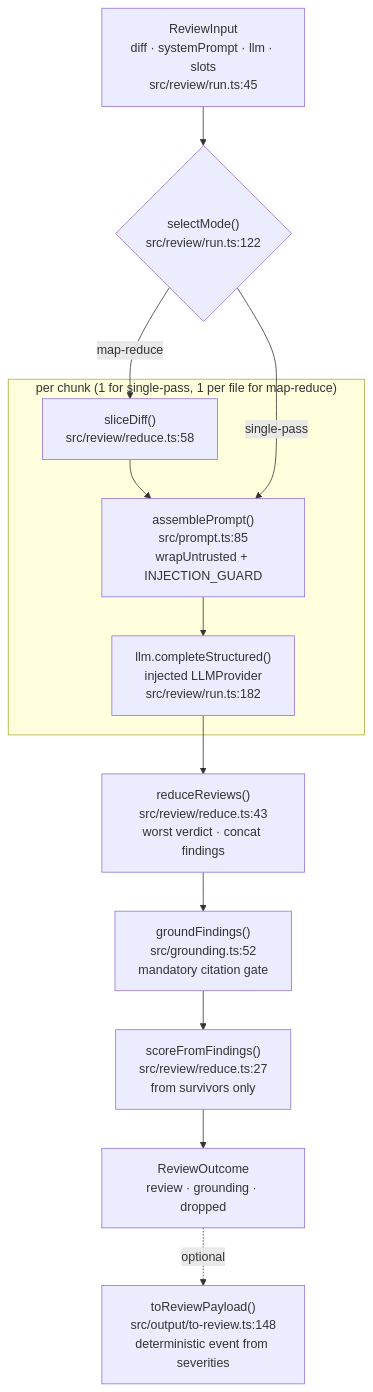
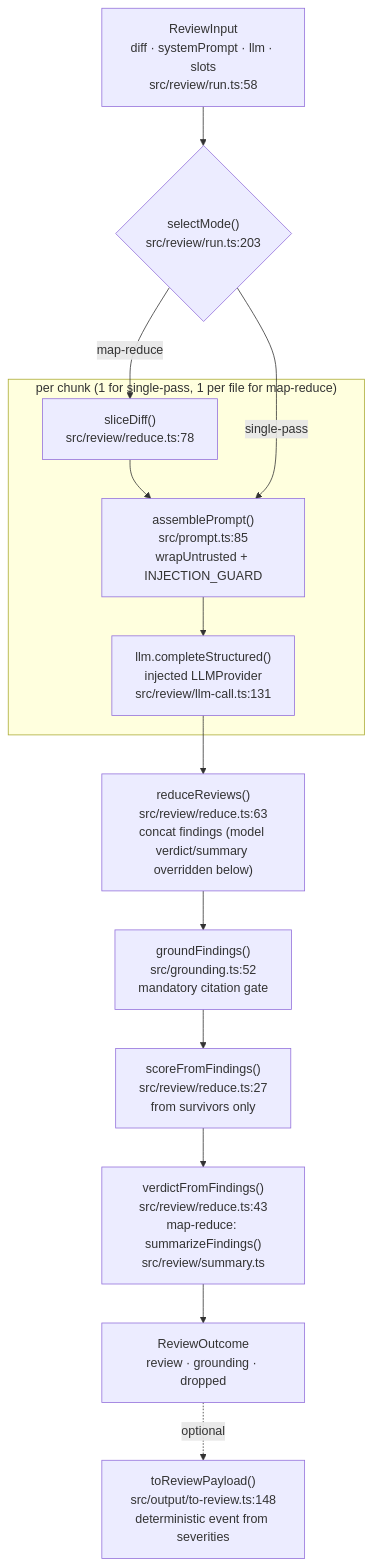
One commit to korzunss/dev-digest changed the diagram in reviewer-core/docs/pipeline.md. Above: the diagram before and after it, drawn with Mermaid. The commit also changed other lines of this file and 9 other files, not shown here.

First line of the commit message:
fix(review): short map-reduce summary; verdict from grounded findings

````diff
--- a/reviewer-core/docs/pipeline.md
+++ b/reviewer-core/docs/pipeline.md
@@ -357,22 +389,23 @@
 ```mermaid
 flowchart TD
-    IN["ReviewInput<br/>diff · systemPrompt · llm · slots<br/>src/review/run.ts:45"]
-    MODE{"selectMode()<br/>src/review/run.ts:122"}
+    IN["ReviewInput<br/>diff · systemPrompt · llm · slots<br/>src/review/run.ts:58"]
+    MODE{"selectMode()<br/>src/review/run.ts:203"}
     IN --> MODE
 
     subgraph PERCHUNK["per chunk (1 for single-pass, 1 per file for map-reduce)"]
-        SLICE["sliceDiff()<br/>src/review/reduce.ts:58"]
+        SLICE["sliceDiff()<br/>src/review/reduce.ts:78"]
         PROMPT["assemblePrompt()<br/>src/prompt.ts:85<br/>wrapUntrusted + INJECTION_GUARD"]
-        LLMCALL["llm.completeStructured()<br/>injected LLMProvider<br/>src/review/run.ts:182"]
+        LLMCALL["llm.completeStructured()<br/>injected LLMProvider<br/>src/review/llm-call.ts:131"]
         SLICE --> PROMPT --> LLMCALL
     end
 
     MODE -->|map-reduce| SLICE
     MODE -->|single-pass| PROMPT
 
-    LLMCALL --> REDUCE["reduceReviews()<br/>src/review/reduce.ts:43<br/>worst verdict · concat findings"]
+    LLMCALL --> REDUCE["reduceReviews()<br/>src/review/reduce.ts:63<br/>concat findings (model verdict/summary overridden below)"]
     REDUCE --> GROUND["groundFindings()<br/>src/grounding.ts:52<br/>mandatory citation gate"]
     GROUND --> SCORE["scoreFromFindings()<br/>src/review/reduce.ts:27<br/>from survivors only"]
-    SCORE --> OUT["ReviewOutcome<br/>review · grounding · dropped"]
+    SCORE --> VERDICT["verdictFromFindings()<br/>src/review/reduce.ts:43<br/>map-reduce: summarizeFindings()<br/>src/review/summary.ts"]
+    VERDICT --> OUT["ReviewOutcome<br/>review · grounding · dropped"]
     OUT -.optional.-> TOREVIEW["toReviewPayload()<br/>src/output/to-review.ts:148<br/>deterministic event from severities"]
 ```
````
